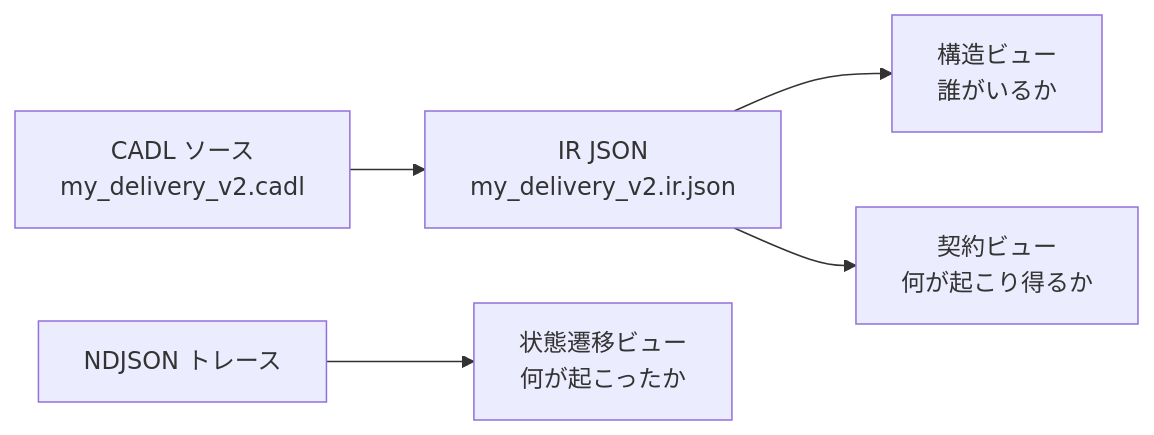
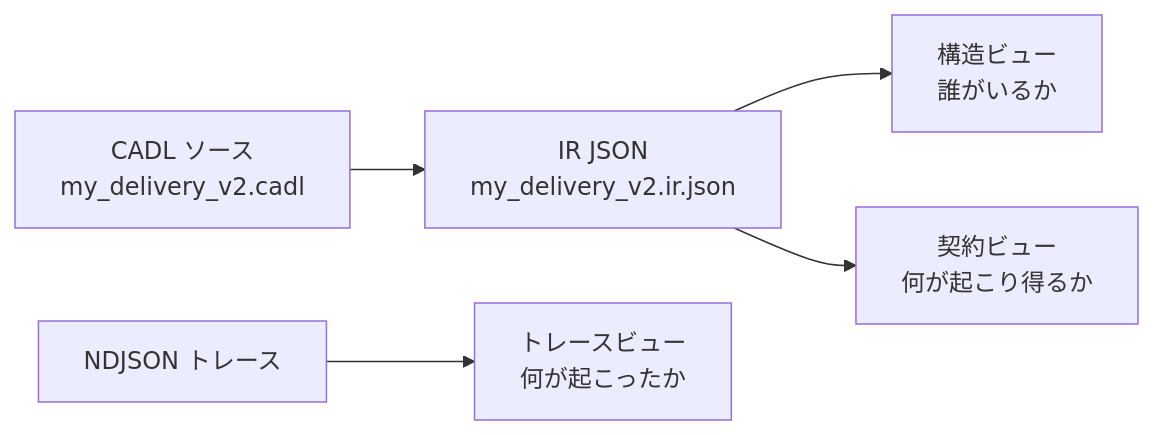
The second of 3 diagrams in i18n/ja/docusaurus-plugin-content-docs/current/handson/pbl-course-design.md (ertlnagoya/cadl-spec), drawn with Mermaid before and after one commit. The commit also changed other lines of this file and 6 other files, not shown here.

Commit message:
docs(handson): fix factual contradictions (scene graph, arbitrator output, trace claims, versions) and polish Japanese across all pages

````diff
--- a/i18n/ja/docusaurus-plugin-content-docs/current/handson/pbl-course-design.md
+++ b/i18n/ja/docusaurus-plugin-content-docs/current/handson/pbl-course-design.md
@@ -555,13 +555,13 @@
 ```mermaid
 flowchart LR
   A[CADL ソース<br/>my_delivery_v2.cadl]
   B[IR JSON<br/>my_delivery_v2.ir.json]
   C[構造ビュー<br/>誰がいるか]
   D[契約ビュー<br/>何が起こり得るか]
-  E[状態遷移ビュー<br/>何が起こったか]
+  E[トレースビュー<br/>何が起こったか]
   F[NDJSON トレース]
   A --> B
   B --> C
   B --> D
   F --> E
 ```
````
